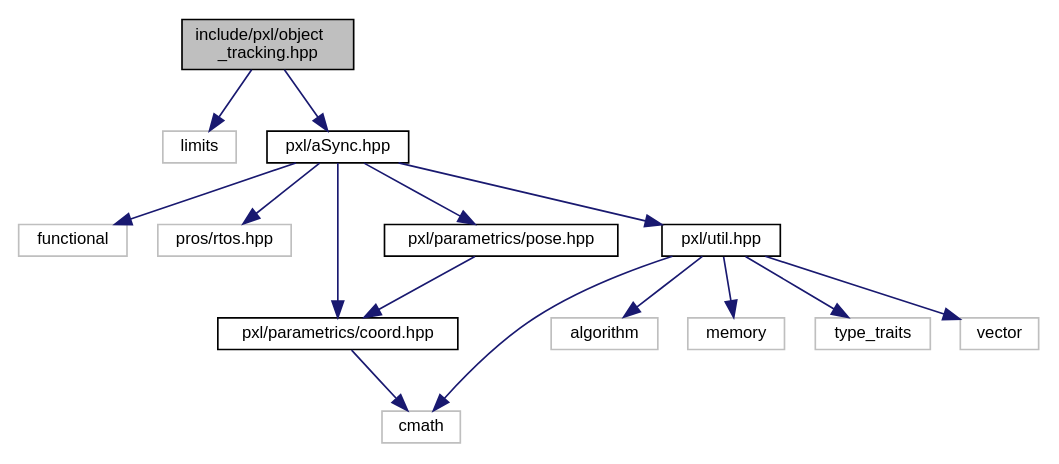
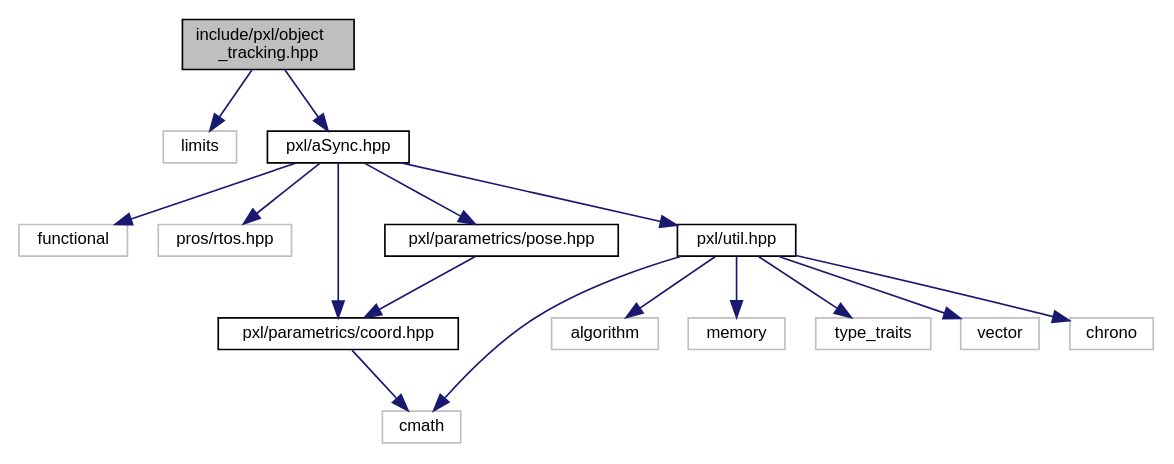
The diagram in object__tracking_8hpp__incl.dot (Pixel-Lib/Pixel), drawn with Graphviz before and after one commit. The commit also changed 133 other files, not shown here.

```diff
--- a/object__tracking_8hpp__incl.dot
+++ b/object__tracking_8hpp__incl.dot
@@ -1,33 +1,35 @@
 digraph "include/pxl/object_tracking.hpp"
 {
  // LATEX_PDF_SIZE
   edge [fontname="Helvetica",fontsize="10",labelfontname="Helvetica",labelfontsize="10"];
   node [fontname="Helvetica",fontsize="10",shape=record];
   Node1 [label="include/pxl/object\l_tracking.hpp",height=0.2,width=0.4,color="black", fillcolor="grey75", style="filled", fontcolor="black",tooltip=" "];
   Node1 -> Node2 [color="midnightblue",fontsize="10",style="solid",fontname="Helvetica"];
   Node2 [label="limits",height=0.2,width=0.4,color="grey75", fillcolor="white", style="filled",tooltip=" "];
   Node1 -> Node3 [color="midnightblue",fontsize="10",style="solid",fontname="Helvetica"];
   Node3 [label="pxl/aSync.hpp",height=0.2,width=0.4,color="black", fillcolor="white", style="filled",URL="$aSync_8hpp.html",tooltip=" "];
   Node3 -> Node4 [color="midnightblue",fontsize="10",style="solid",fontname="Helvetica"];
   Node4 [label="functional",height=0.2,width=0.4,color="grey75", fillcolor="white", style="filled",tooltip=" "];
   Node3 -> Node5 [color="midnightblue",fontsize="10",style="solid",fontname="Helvetica"];
   Node5 [label="pros/rtos.hpp",height=0.2,width=0.4,color="grey75", fillcolor="white", style="filled",tooltip=" "];
   Node3 -> Node6 [color="midnightblue",fontsize="10",style="solid",fontname="Helvetica"];
   Node6 [label="pxl/parametrics/coord.hpp",height=0.2,width=0.4,color="black", fillcolor="white", style="filled",URL="$coord_8hpp.html",tooltip=" "];
   Node6 -> Node7 [color="midnightblue",fontsize="10",style="solid",fontname="Helvetica"];
   Node7 [label="cmath",height=0.2,width=0.4,color="grey75", fillcolor="white", style="filled",tooltip=" "];
   Node3 -> Node8 [color="midnightblue",fontsize="10",style="solid",fontname="Helvetica"];
   Node8 [label="pxl/parametrics/pose.hpp",height=0.2,width=0.4,color="black", fillcolor="white", style="filled",URL="$pose_8hpp.html",tooltip=" "];
   Node8 -> Node6 [color="midnightblue",fontsize="10",style="solid",fontname="Helvetica"];
   Node3 -> Node9 [color="midnightblue",fontsize="10",style="solid",fontname="Helvetica"];
   Node9 [label="pxl/util.hpp",height=0.2,width=0.4,color="black", fillcolor="white", style="filled",URL="$util_8hpp.html",tooltip=" "];
   Node9 -> Node10 [color="midnightblue",fontsize="10",style="solid",fontname="Helvetica"];
   Node10 [label="algorithm",height=0.2,width=0.4,color="grey75", fillcolor="white", style="filled",tooltip=" "];
   Node9 -> Node7 [color="midnightblue",fontsize="10",style="solid",fontname="Helvetica"];
   Node9 -> Node11 [color="midnightblue",fontsize="10",style="solid",fontname="Helvetica"];
   Node11 [label="memory",height=0.2,width=0.4,color="grey75", fillcolor="white", style="filled",tooltip=" "];
   Node9 -> Node12 [color="midnightblue",fontsize="10",style="solid",fontname="Helvetica"];
   Node12 [label="type_traits",height=0.2,width=0.4,color="grey75", fillcolor="white", style="filled",tooltip=" "];
   Node9 -> Node13 [color="midnightblue",fontsize="10",style="solid",fontname="Helvetica"];
   Node13 [label="vector",height=0.2,width=0.4,color="grey75", fillcolor="white", style="filled",tooltip=" "];
+  Node9 -> Node14 [color="midnightblue",fontsize="10",style="solid",fontname="Helvetica"];
+  Node14 [label="chrono",height=0.2,width=0.4,color="grey75", fillcolor="white", style="filled",tooltip=" "];
 }
```
